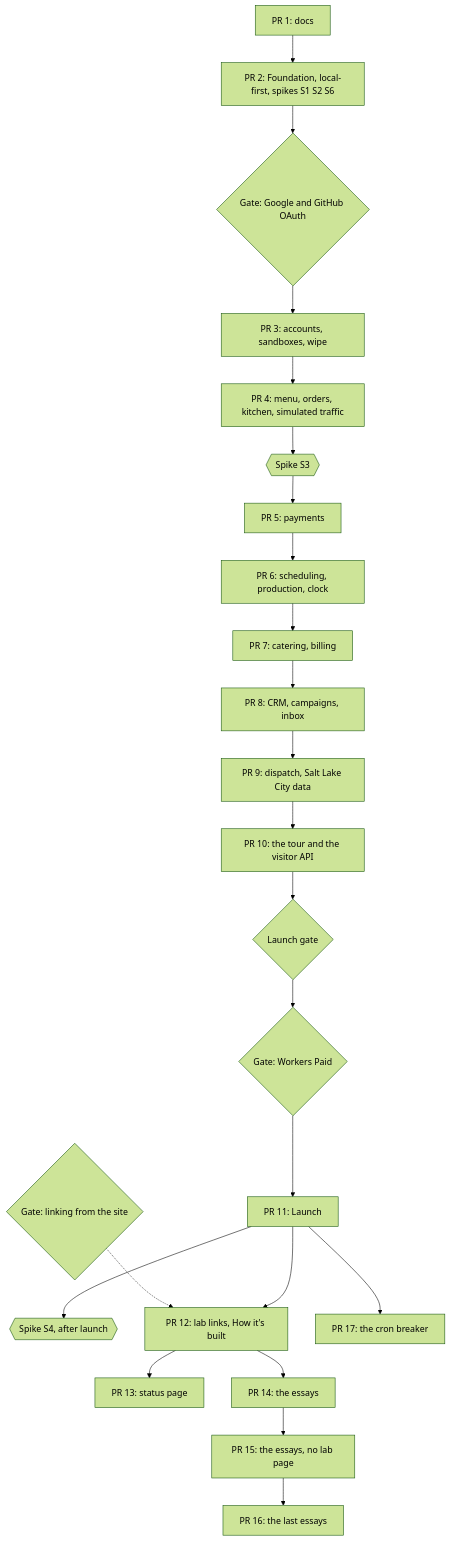
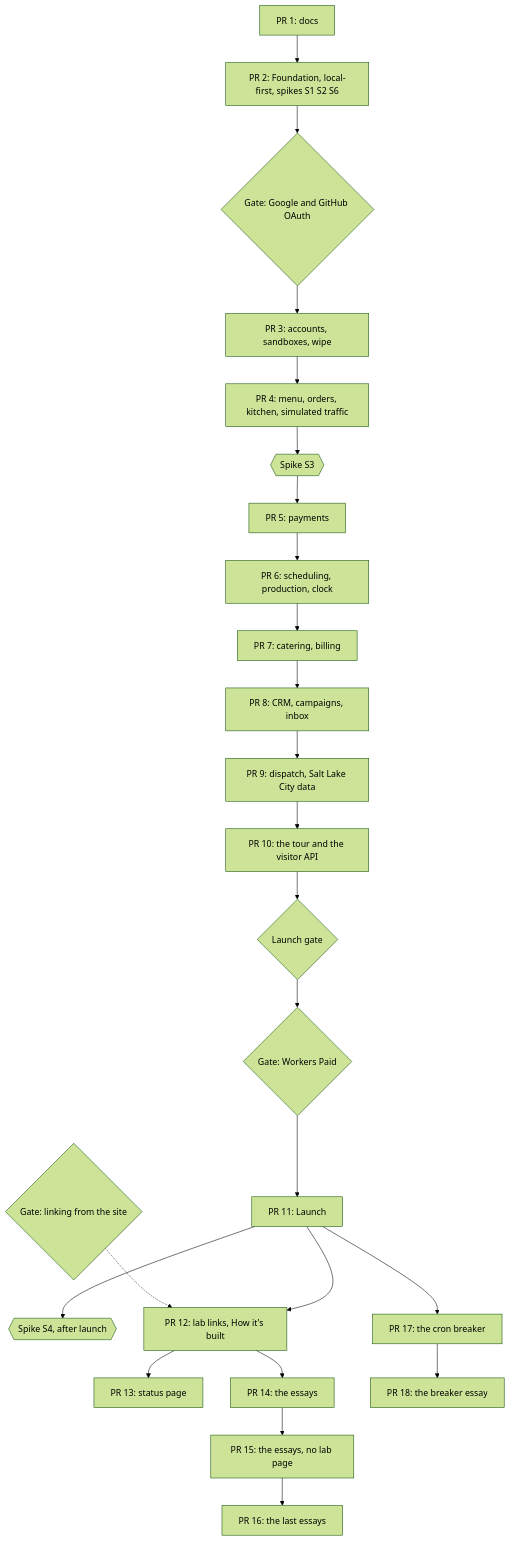
The diagram in docs/roadmap.md (IHaveASegway/bakery), drawn with Mermaid (forest theme) before and after one commit. The commit also changed other lines of this file and 4 other files, not shown here.

First line of the commit message:
Record PR 18, the breaker essay, in the docs

````diff
--- a/docs/roadmap.md
+++ b/docs/roadmap.md
@@ -72,14 +73,14 @@
 ```mermaid
 flowchart TB
   P1["PR 1: docs"] --> P2["PR 2: Foundation, local-first, spikes S1 S2 S6"]
   P2 --> OG{"Gate: Google and GitHub OAuth"} --> P3["PR 3: accounts, sandboxes, wipe"] --> P4["PR 4: menu, orders, kitchen, simulated traffic"]
   P4 --> S3{{"Spike S3"}} --> P5["PR 5: payments"]
   P5 --> P6["PR 6: scheduling, production, clock"] --> P7["PR 7: catering, billing"] --> P8["PR 8: CRM, campaigns, inbox"] --> P9["PR 9: dispatch, Salt Lake City data"]
   P9 --> P10["PR 10: the tour and the visitor API"]
   P10 --> LG{"Launch gate"} --> WP{"Gate: Workers Paid"} --> P11["PR 11: Launch"]
   P11 --> S4{{"Spike S4, after launch"}}
   LG2{"Gate: linking from the site"} -.-> P12
   P11 --> P12["PR 12: lab links, How it's built"] --> P13["PR 13: status page"]
   P12 --> P14["PR 14: the essays"] --> P15["PR 15: the essays, no lab page"] --> P16["PR 16: the last essays"]
-  P11 --> P17["PR 17: the cron breaker"]
+  P11 --> P17["PR 17: the cron breaker"] --> P18["PR 18: the breaker essay"]
 ```
````
